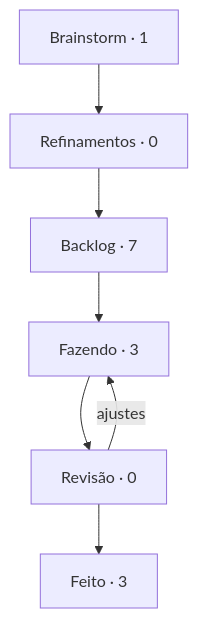
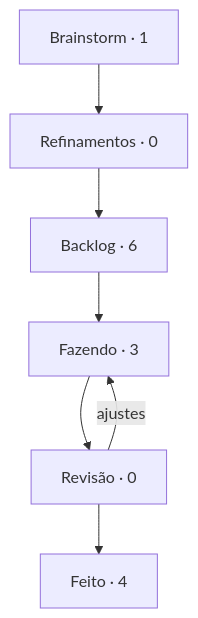
One commit to StudioVibi/VibiKanban changed the diagram in boards/harness/BOARD.md. Above: the diagram before and after it, drawn with Mermaid. The commit also changed other lines of this file and 2 other files, not shown here.

````diff
--- a/boards/harness/BOARD.md
+++ b/boards/harness/BOARD.md
@@ -5,12 +5,12 @@
 ```mermaid
 flowchart TD
   brainstorm["Brainstorm · 1"] --> refinamentos["Refinamentos · 0"]
-  refinamentos --> backlog["Backlog · 7"]
+  refinamentos --> backlog["Backlog · 6"]
   backlog --> doing["Fazendo · 3"]
   doing --> review["Revisão · 0"]
-  review --> done["Feito · 3"]
+  review --> done["Feito · 4"]
   review -->|ajustes| doing
   doing:::blue
   review:::yellow
   done:::green
 ```
````
